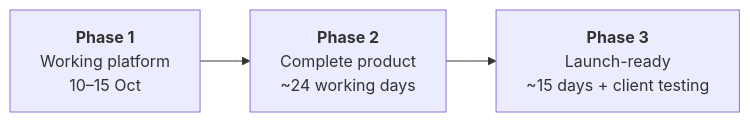
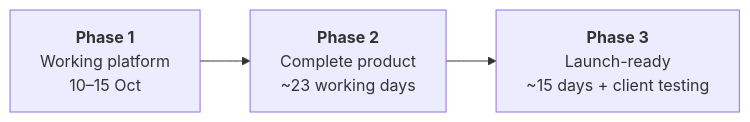
Before and after one commit to sumitdwivedi01/EigthyAwards: the diagram in docs/PLAN.md, drawn with Mermaid. The commit also changed other lines of this file and 21 other files, not shown here.

````diff
--- a/docs/PLAN.md
+++ b/docs/PLAN.md
@@ -15,4 +15,4 @@
 ```mermaid
 flowchart LR
-    P1["<b>Phase 1</b><br/>Working platform<br/>10–15 Oct"] --> P2["<b>Phase 2</b><br/>Complete product<br/>~24 working days"] --> P3["<b>Phase 3</b><br/>Launch-ready<br/>~15 days + client testing"]
+    P1["<b>Phase 1</b><br/>Working platform<br/>10–15 Oct"] --> P2["<b>Phase 2</b><br/>Complete product<br/>~23 working days"] --> P3["<b>Phase 3</b><br/>Launch-ready<br/>~15 days + client testing"]
 ```
````
